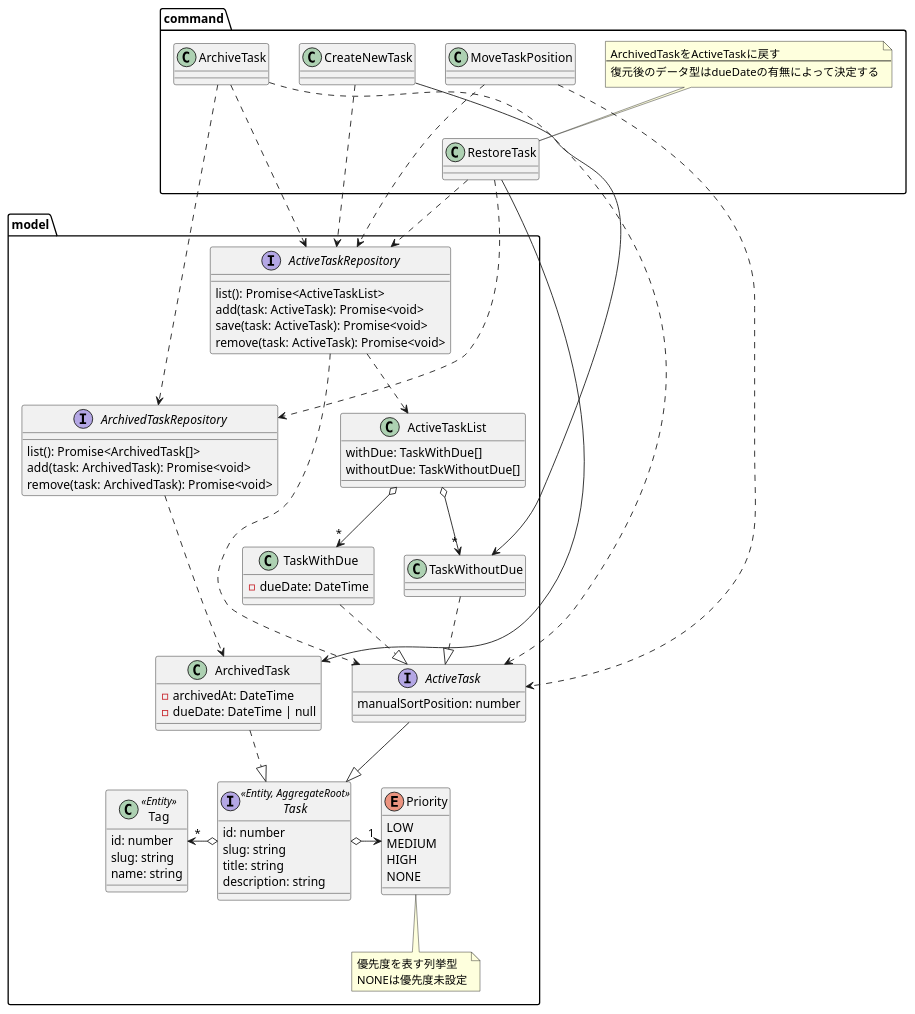
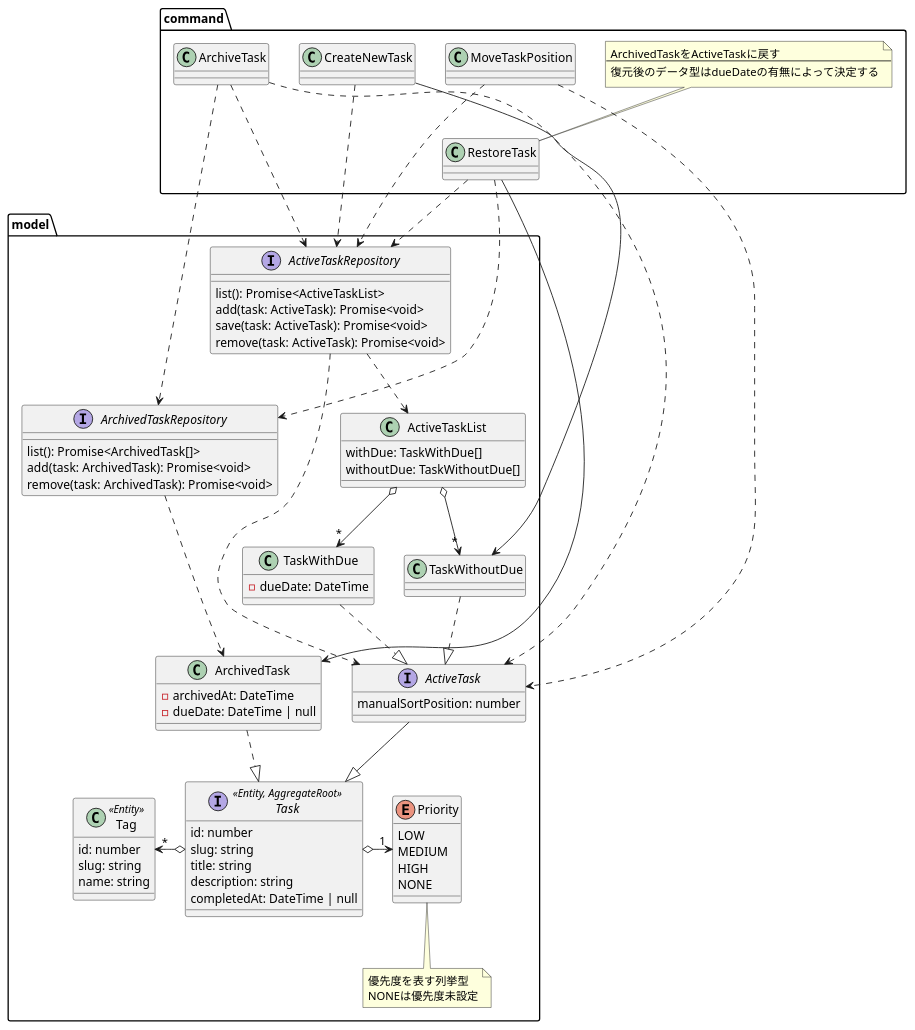
Before and after one commit to tooppoo/todo-example-segregating-model-for-frontend: the diagram in docs/model.puml, drawn with PlantUML. The commit also changed 18 other files, not shown here.

```diff
--- a/docs/model.puml
+++ b/docs/model.puml
@@ -1,94 +1,95 @@
 @startuml ドメインモデル
 
 package model {
   interface Task <<Entity, AggregateRoot>> {
     id: number
     slug: string
     title: string
     description: string
+    completedAt: DateTime | null
   }
   enum Priority {
     LOW
     MEDIUM
     HIGH
     NONE
   }
   note bottom of Priority
     優先度を表す列挙型
     NONEは優先度未設定
   end note
 
   class Tag <<Entity>> {
     id: number
     slug: string
     name: string
   }
   Task o-l-> "*" Tag
   Task o-r-> "1" Priority
 
   interface ActiveTask {
     manualSortPosition: number
   }
   ActiveTask --|> Task
   class ActiveTaskList {
     withDue: TaskWithDue[]
     withoutDue: TaskWithoutDue[]
   }
   ActiveTaskList o--> "*" TaskWithDue
   ActiveTaskList o--> "*" TaskWithoutDue
 
   TaskWithoutDue ..|> ActiveTask
   class TaskWithDue {
     - dueDate: DateTime
   }
   TaskWithDue ..|> ActiveTask
 
   class ArchivedTask {
     - archivedAt: DateTime
     - dueDate: DateTime | null
   }
   ArchivedTask ..|> Task
 
   interface ActiveTaskRepository {
     list(): Promise<ActiveTaskList>
     add(task: ActiveTask): Promise<void>
     save(task: ActiveTask): Promise<void>
     remove(task: ActiveTask): Promise<void>
   }
   ActiveTaskRepository ..> ActiveTask
   ActiveTaskRepository ..> ActiveTaskList
 
   interface ArchivedTaskRepository {
     list(): Promise<ArchivedTask[]>
     add(task: ArchivedTask): Promise<void>
     remove(task: ArchivedTask): Promise<void>
   }
   ArchivedTaskRepository ...> ArchivedTask
 }
 
 package command {
   class CreateNewTask
   CreateNewTask --> TaskWithoutDue
   CreateNewTask ..> ActiveTaskRepository
 
   class MoveTaskPosition
   MoveTaskPosition ..> ActiveTaskRepository
   MoveTaskPosition ..> ActiveTask
 
   class ArchiveTask
   ArchiveTask ..> ActiveTask
   ArchiveTask ..> ActiveTaskRepository
   ArchiveTask ..> ArchivedTaskRepository
 
   class RestoreTask
   RestoreTask --> ArchivedTask
   RestoreTask ..> ActiveTaskRepository
   RestoreTask ..> ArchivedTaskRepository
   note top of RestoreTask
     ArchivedTaskをActiveTaskに戻す
     ---
     復元後のデータ型はdueDateの有無によって決定する
   end note
 }
 
 @enduml
```
